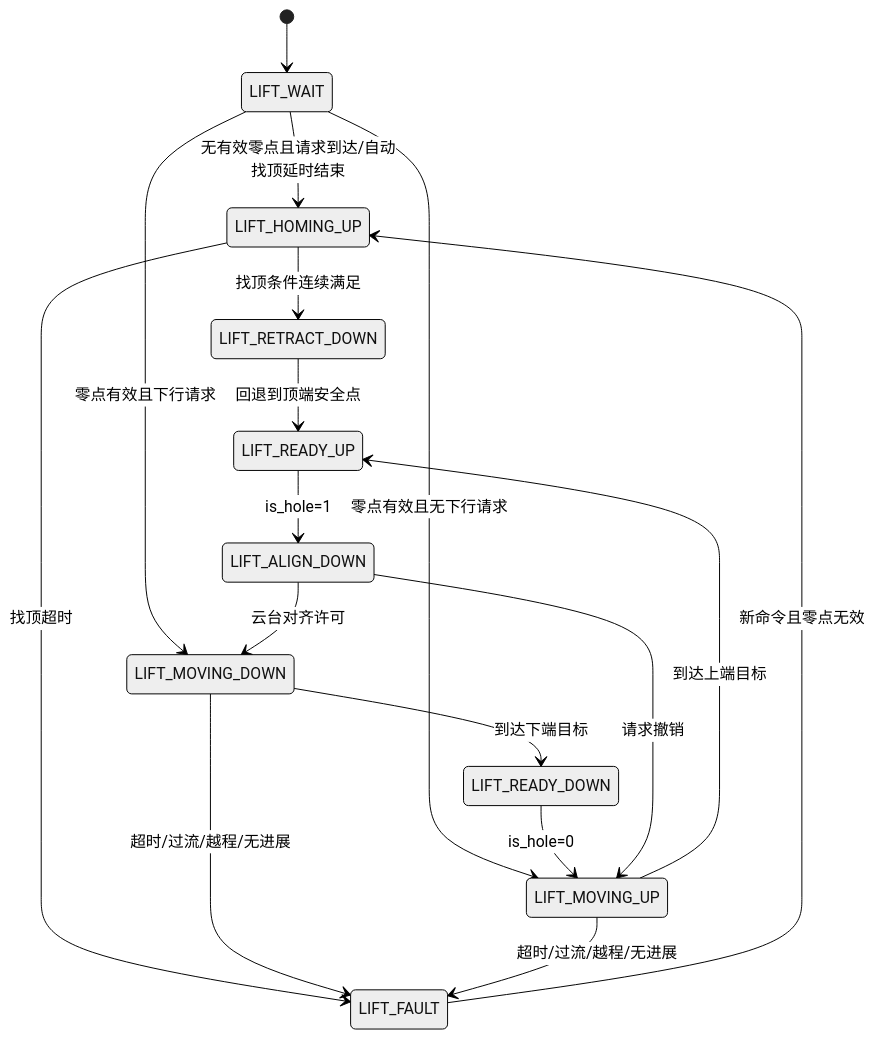
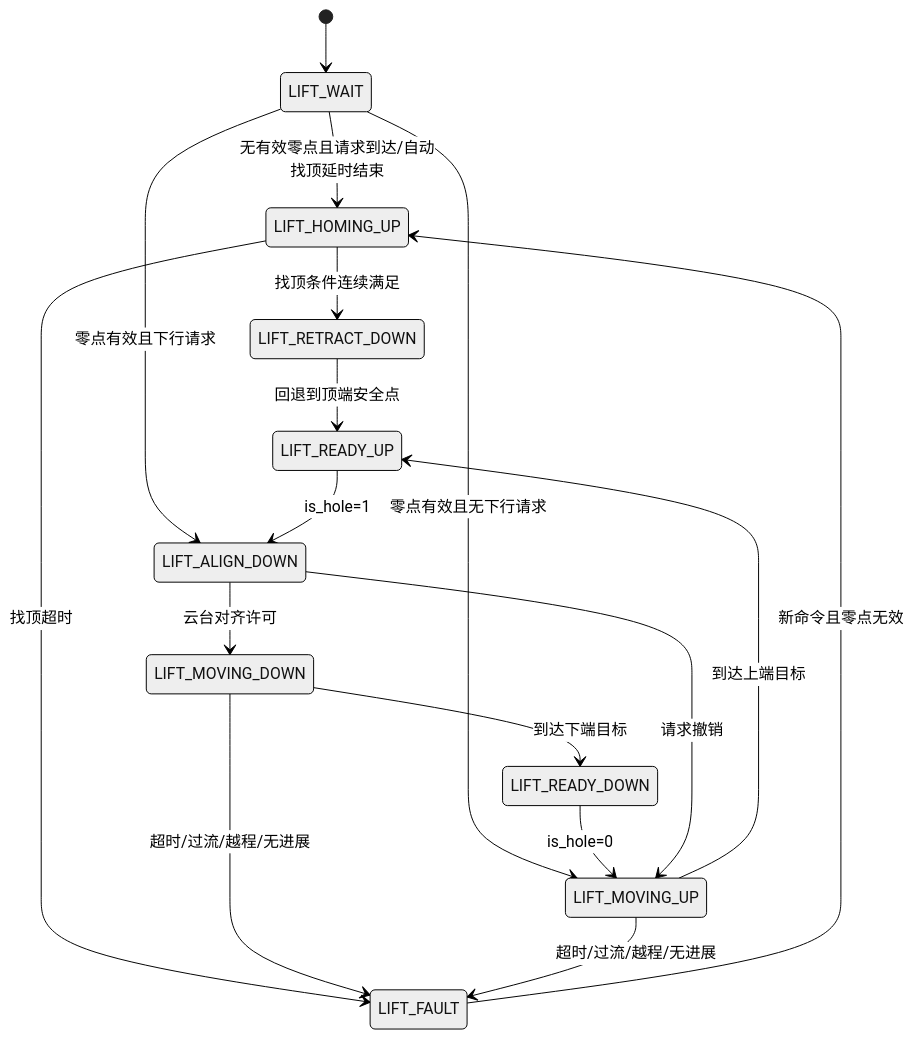
One commit to RP27-EC/27_HQZ changed the diagram in task_up/docs/lift.md. Above: the diagram before and after it, drawn with Mermaid (neutral theme). The commit also changed other lines of this file and 22 other files, not shown here.

````diff
--- a/task_up/docs/lift.md
+++ b/task_up/docs/lift.md
@@ -9,19 +9,19 @@
 ```mermaid
 stateDiagram-v2
   [*] --> LIFT_WAIT
   LIFT_WAIT --> LIFT_HOMING_UP: 无有效零点且请求到达/自动找顶延时结束
   LIFT_WAIT --> LIFT_MOVING_UP: 零点有效且无下行请求
-  LIFT_WAIT --> LIFT_MOVING_DOWN: 零点有效且下行请求
+  LIFT_WAIT --> LIFT_ALIGN_DOWN: 零点有效且下行请求
   LIFT_HOMING_UP --> LIFT_RETRACT_DOWN: 找顶条件连续满足
   LIFT_RETRACT_DOWN --> LIFT_READY_UP: 回退到顶端安全点
   LIFT_READY_UP --> LIFT_ALIGN_DOWN: is_hole=1
   LIFT_ALIGN_DOWN --> LIFT_MOVING_DOWN: 云台对齐许可
   LIFT_MOVING_DOWN --> LIFT_READY_DOWN: 到达下端目标
   LIFT_READY_DOWN --> LIFT_MOVING_UP: is_hole=0
   LIFT_MOVING_UP --> LIFT_READY_UP: 到达上端目标
   LIFT_ALIGN_DOWN --> LIFT_MOVING_UP: 请求撤销
   LIFT_HOMING_UP --> LIFT_FAULT: 找顶超时
   LIFT_MOVING_DOWN --> LIFT_FAULT: 超时/过流/越程/无进展
   LIFT_MOVING_UP --> LIFT_FAULT: 超时/过流/越程/无进展
   LIFT_FAULT --> LIFT_HOMING_UP: 新命令且零点无效
 ```
````
